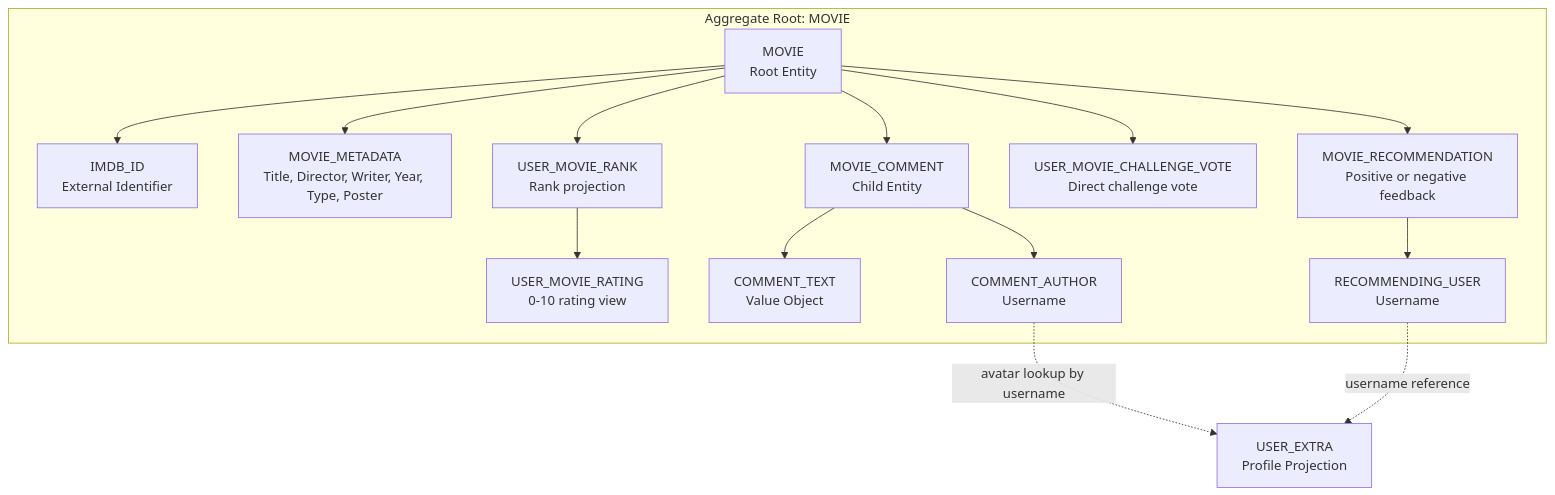
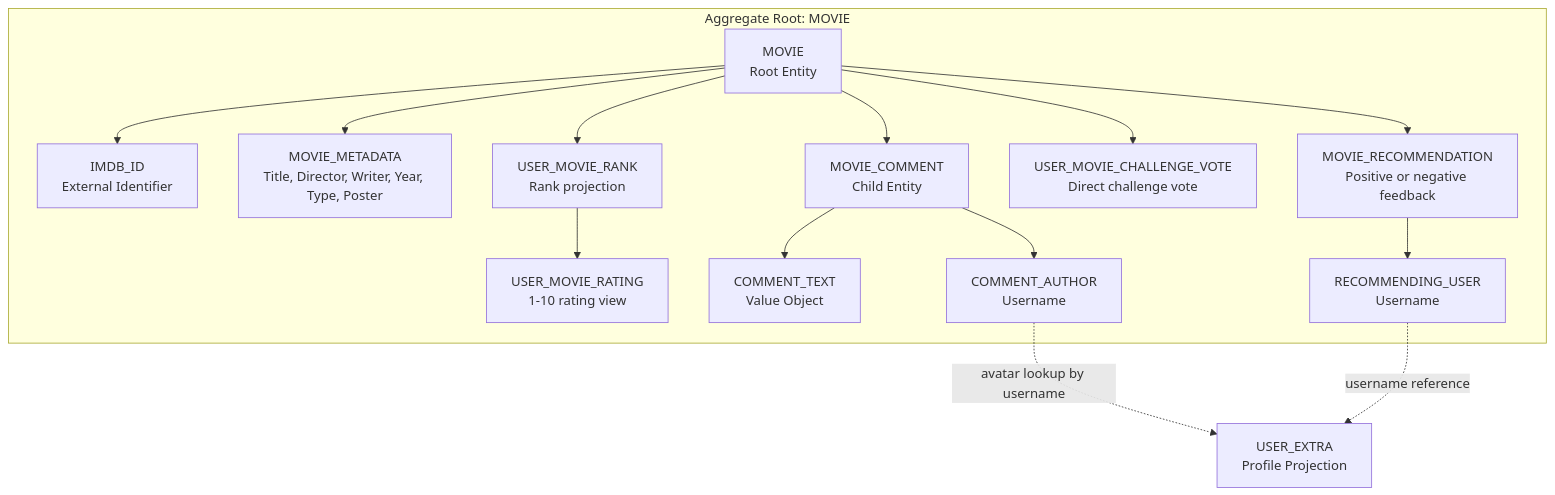
One commit to skyglass/movie-stream-workshop changed the first of 2 diagrams in docs/specs/movie-catalog/entity_model.md. Above: the diagram before and after it, drawn with Mermaid. The commit also changed other lines of this file and 7 other files, not shown here.

````diff
--- a/docs/specs/movie-catalog/entity_model.md
+++ b/docs/specs/movie-catalog/entity_model.md
@@ -14,31 +14,31 @@
 ```mermaid
 flowchart TB
     subgraph movie_aggregate["Aggregate Root: MOVIE"]
         MOVIE["MOVIE\nRoot Entity"]
         IMDB_ID["IMDB_ID\nExternal Identifier"]
         MOVIE_METADATA["MOVIE_METADATA\nTitle, Director, Writer, Year, Type, Poster"]
         MOVIE_COMMENT["MOVIE_COMMENT\nChild Entity"]
         MOVIE_RECOMMENDATION["MOVIE_RECOMMENDATION\nPositive or negative feedback"]
         USER_MOVIE_CHALLENGE_VOTE["USER_MOVIE_CHALLENGE_VOTE\nDirect challenge vote"]
         USER_MOVIE_RANK["USER_MOVIE_RANK\nRank projection"]
-        USER_MOVIE_RATING["USER_MOVIE_RATING\n0-10 rating view"]
+        USER_MOVIE_RATING["USER_MOVIE_RATING\n1-10 rating view"]
         COMMENT_TEXT["COMMENT_TEXT\nValue Object"]
         COMMENT_AUTHOR["COMMENT_AUTHOR\nUsername"]
         RECOMMENDING_USER["RECOMMENDING_USER\nUsername"]
     end
 
     USER_EXTRA["USER_EXTRA\nProfile Projection"]
 
     MOVIE --> IMDB_ID
     MOVIE --> MOVIE_METADATA
     MOVIE --> MOVIE_COMMENT
     MOVIE --> MOVIE_RECOMMENDATION
     MOVIE --> USER_MOVIE_CHALLENGE_VOTE
     MOVIE --> USER_MOVIE_RANK
     USER_MOVIE_RANK --> USER_MOVIE_RATING
     MOVIE_COMMENT --> COMMENT_TEXT
     MOVIE_COMMENT --> COMMENT_AUTHOR
     MOVIE_RECOMMENDATION --> RECOMMENDING_USER
     COMMENT_AUTHOR -. "avatar lookup by username" .-> USER_EXTRA
     RECOMMENDING_USER -. "username reference" .-> USER_EXTRA
 ```
````
